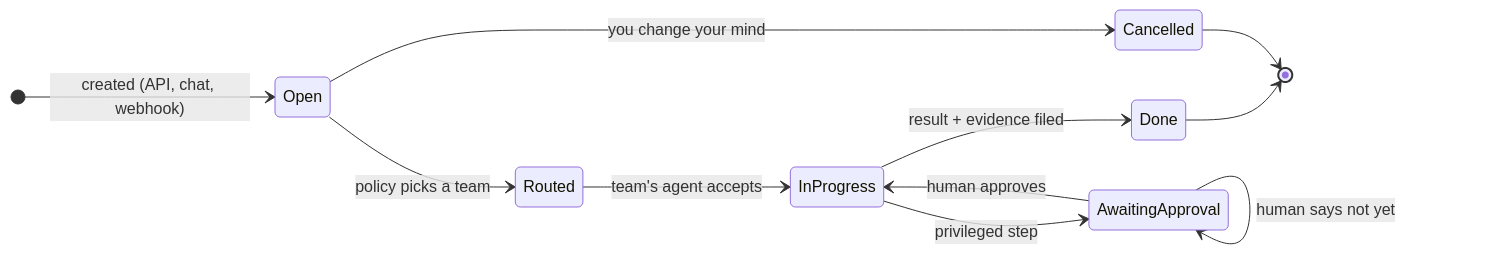
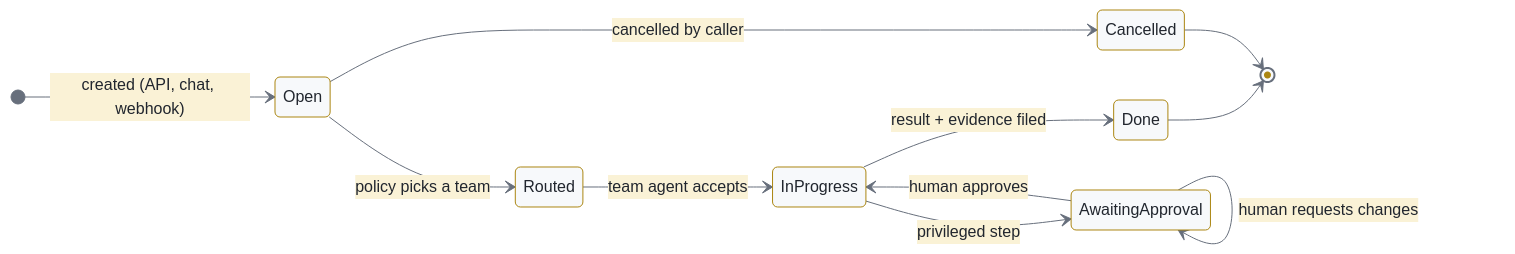
Before and after one commit to denisekart/open-facilitator: the first of 2 diagrams in site/src/pages/what.md, drawn with Mermaid. The commit also changed other lines of this file and 13 other files, not shown here.

````diff
--- a/site/src/pages/what.md
+++ b/site/src/pages/what.md
@@ -33,14 +19,15 @@
 ```mermaid title="The life of a Work"
+%%{init: {"theme": "base", "themeVariables": {"primaryColor": "#f7f9fb", "primaryBorderColor": "#ab8612", "primaryTextColor": "#21262e", "lineColor": "#676f7c", "secondaryColor": "#faf2d6"}}}%%
 stateDiagram-v2
     direction LR
     [*] --> Open: created (API, chat, webhook)
     Open --> Routed: policy picks a team
-    Routed --> InProgress: team's agent accepts
+    Routed --> InProgress: team agent accepts
     InProgress --> AwaitingApproval: privileged step
     AwaitingApproval --> InProgress: human approves
-    AwaitingApproval --> AwaitingApproval: human says not yet
+    AwaitingApproval --> AwaitingApproval: human requests changes
     InProgress --> Done: result + evidence filed
-    Open --> Cancelled: you change your mind
+    Open --> Cancelled: cancelled by caller
     Done --> [*]
     Cancelled --> [*]
 ```
````
